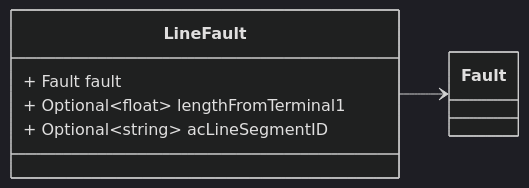
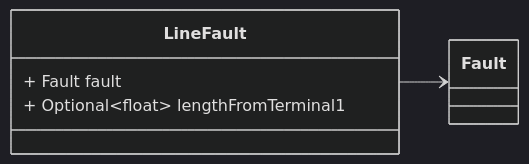
Before and after one commit to zaphiro-technologies/protobuf: the fifth of 7 diagrams in docs/fault.proto.md, drawn with Mermaid (dark theme). The commit also changed other lines of this file and 6 other files, not shown here.

````diff
--- a/docs/fault.proto.md
+++ b/docs/fault.proto.md
@@ -216,22 +219,21 @@
 ```mermaid
 classDiagram
 direction LR
 
 %% A fault that occurs on an AC line segment at some point along the length.
 %% 
 %% This message is modeled after [CIM LineFault](https://zepben.github.io/evolve/docs/cim/cim100/TC57CIM/IEC61970/Base/Faults/LineFault) according to the extensions defined in the [fault-data-storage](https://github.com/zaphiro-technologies/architecture/blob/main/features/31-fault-data-storage.md#data-structures) feature.
 %% 
 %% Headers used in rabbitMQ:
 %% * `id` (string): id of the `Fault`
 %% * `type` (string): always `LineFault`
 %% * `producerId` (string): the id of the producer (e.g. a PMU) linked to the notification.
 %% 
 
 class LineFault {
   + Fault fault
   + Optional~float~ lengthFromTerminal1
-  + Optional~string~ acLineSegmentID
 }
 LineFault --> `Fault`
 
 ```
````
